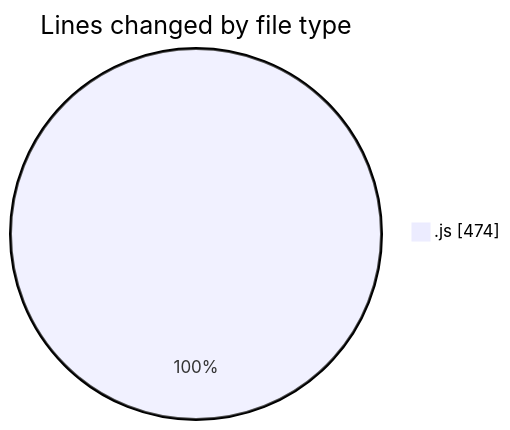
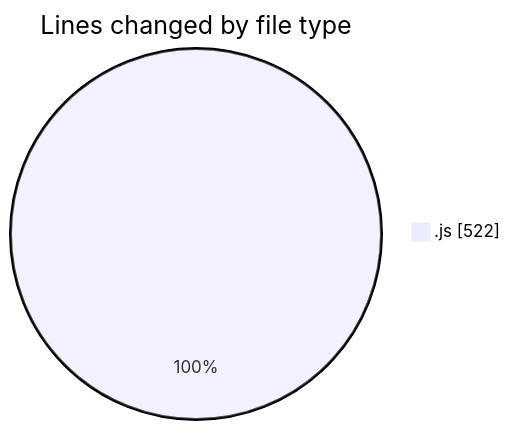
The first of 2 diagrams in 2025-04-03/jsvms/README.md (BS-eng2023/code-tracking), drawn with Mermaid before and after one commit. The commit also changed other lines of this file and 1 other file, not shown here.

````diff
--- a/2025-04-03/jsvms/README.md
+++ b/2025-04-03/jsvms/README.md
@@ -23,5 +23,5 @@
 ```mermaid
 pie showData
 title Lines changed by file type
-".js" : 474
+".js" : 522
 ```
````
